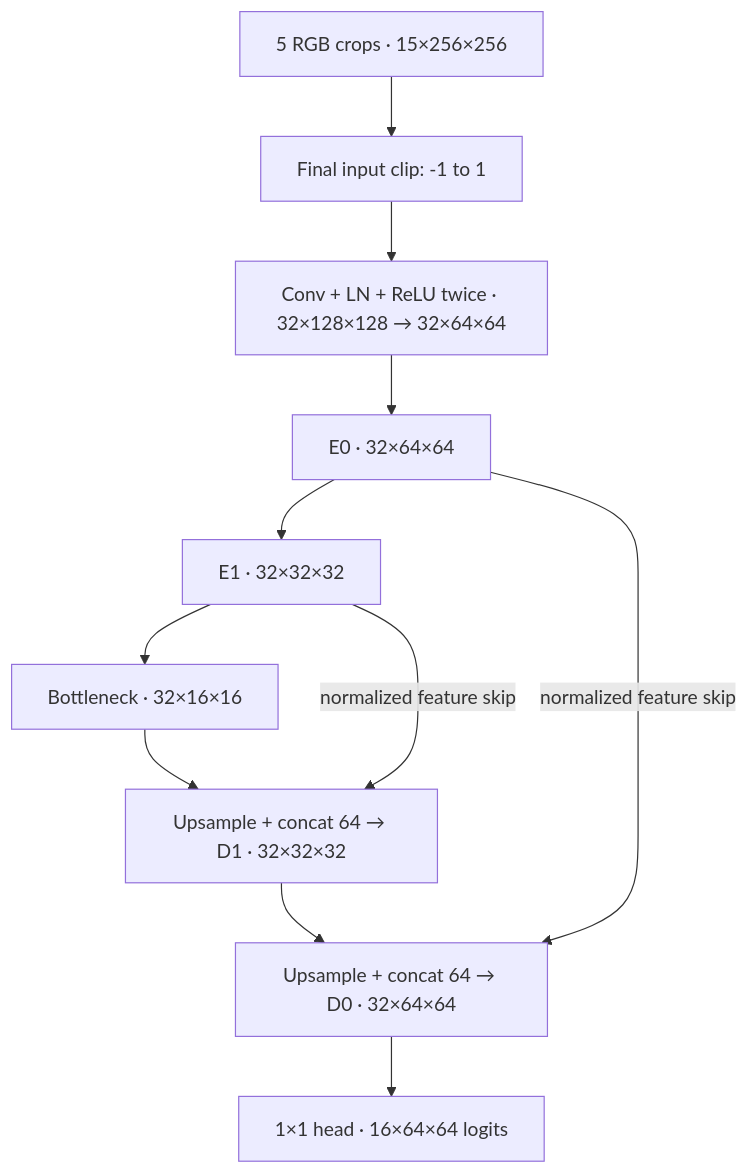
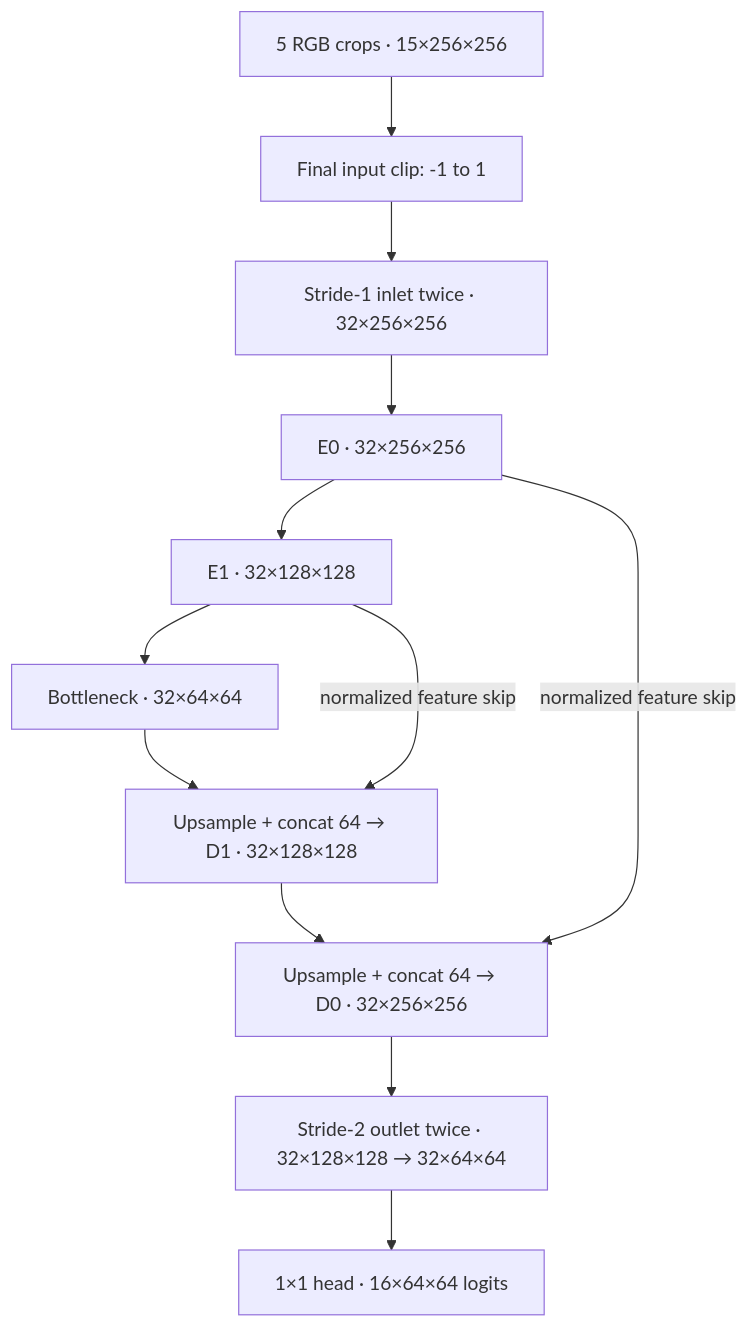
One commit to magnux/neural_cryptography changed the fourth of 4 diagrams in docs/OPTICAL_DECODER.md. Above: the diagram before and after it, drawn with Mermaid. The commit also changed other lines of this file and 9 other files, not shown here.

````diff
--- a/docs/OPTICAL_DECODER.md
+++ b/docs/OPTICAL_DECODER.md
@@ -167,13 +170,14 @@
 ```mermaid
 flowchart TD
   I["5 RGB crops · 15×256×256"] --> C["Final input clip: -1 to 1"]
-  C --> S["Conv + LN + ReLU twice · 32×128×128 → 32×64×64"]
-  S --> E0["E0 · 32×64×64"]
-  E0 --> E1["E1 · 32×32×32"]
-  E1 --> B["Bottleneck · 32×16×16"]
-  B --> D1["Upsample + concat 64 → D1 · 32×32×32"]
+  C --> S["Stride-1 inlet twice · 32×256×256"]
+  S --> E0["E0 · 32×256×256"]
+  E0 --> E1["E1 · 32×128×128"]
+  E1 --> B["Bottleneck · 32×64×64"]
+  B --> D1["Upsample + concat 64 → D1 · 32×128×128"]
   E1 -->|normalized feature skip| D1
-  D1 --> D0["Upsample + concat 64 → D0 · 32×64×64"]
+  D1 --> D0["Upsample + concat 64 → D0 · 32×256×256"]
   E0 -->|normalized feature skip| D0
-  D0 --> H["1×1 head · 16×64×64 logits"]
+  D0 --> O["Stride-2 outlet twice · 32×128×128 → 32×64×64"]
+  O --> H["1×1 head · 16×64×64 logits"]
 ```
````
